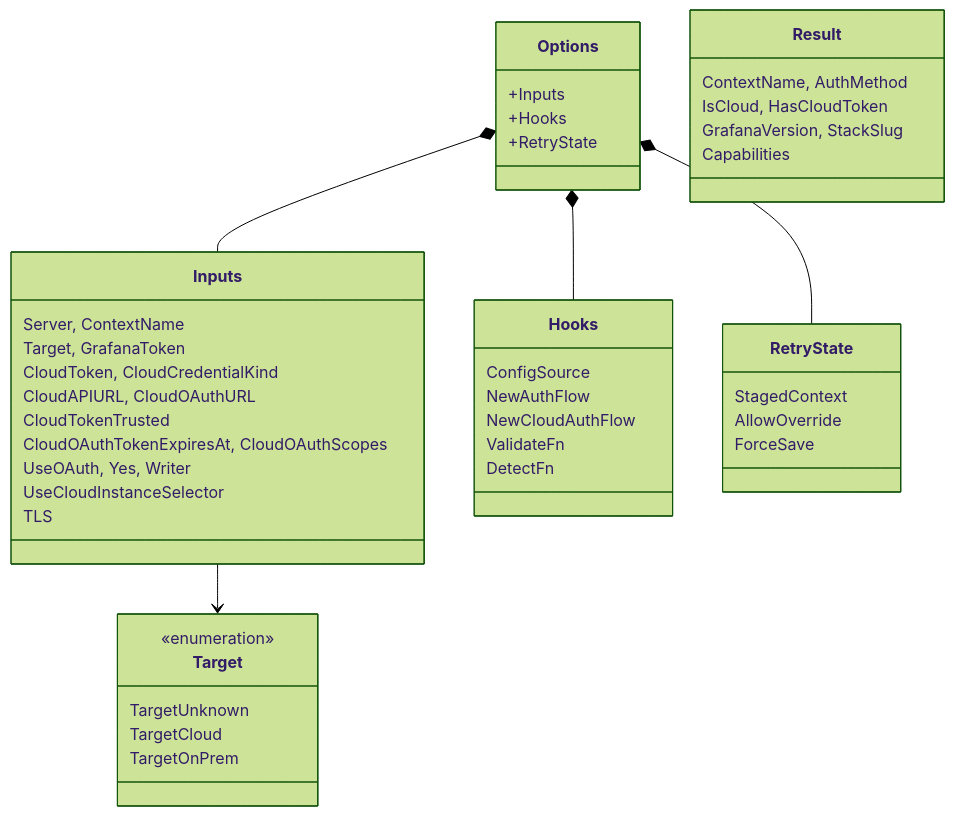
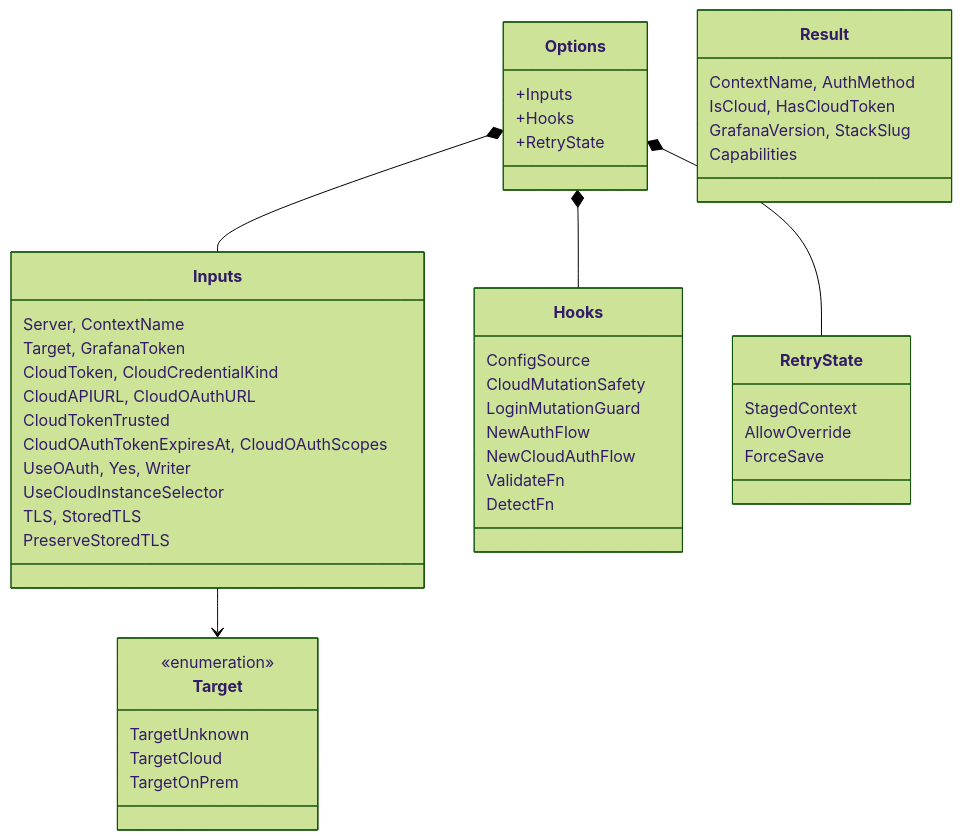
The second of 4 diagrams in docs/architecture/login-system.md (grafana/gcx), drawn with Mermaid (forest theme) before and after one commit. The commit also changed other lines of this file and 83 other files, not shown here.

````diff
--- a/docs/architecture/login-system.md
+++ b/docs/architecture/login-system.md
@@ -37,48 +37,51 @@
 ```mermaid
 classDiagram
     class Options {
         +Inputs
         +Hooks
         +RetryState
     }
     class Inputs {
         Server, ContextName
         Target, GrafanaToken
         CloudToken, CloudCredentialKind
         CloudAPIURL, CloudOAuthURL
         CloudTokenTrusted
         CloudOAuthTokenExpiresAt, CloudOAuthScopes
         UseOAuth, Yes, Writer
         UseCloudInstanceSelector
-        TLS
+        TLS, StoredTLS
+        PreserveStoredTLS
     }
     class Hooks {
         ConfigSource
+        CloudMutationSafety
+        LoginMutationGuard
         NewAuthFlow
         NewCloudAuthFlow
         ValidateFn
         DetectFn
     }
     class RetryState {
         StagedContext
         AllowOverride
         ForceSave
     }
     class Target {
         <<enumeration>>
         TargetUnknown
         TargetCloud
         TargetOnPrem
     }
     class Result {
         ContextName, AuthMethod
         IsCloud, HasCloudToken
         GrafanaVersion, StackSlug
         Capabilities
     }
 
     Options *-- Inputs
     Options *-- Hooks
     Options *-- RetryState
     Inputs --> Target
 ```
````
